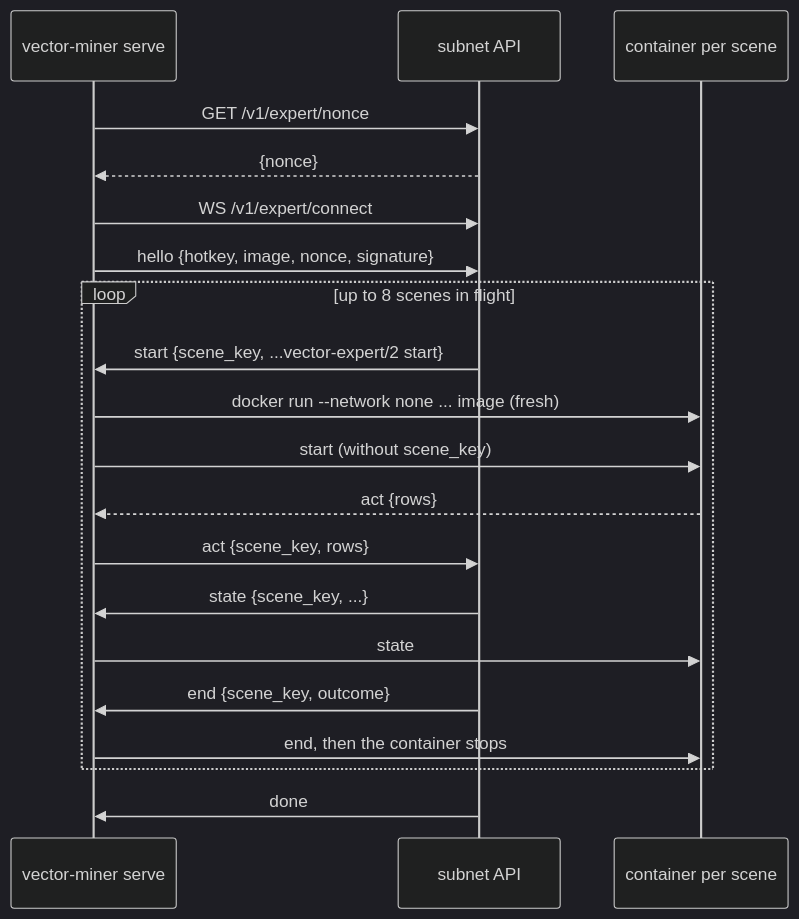
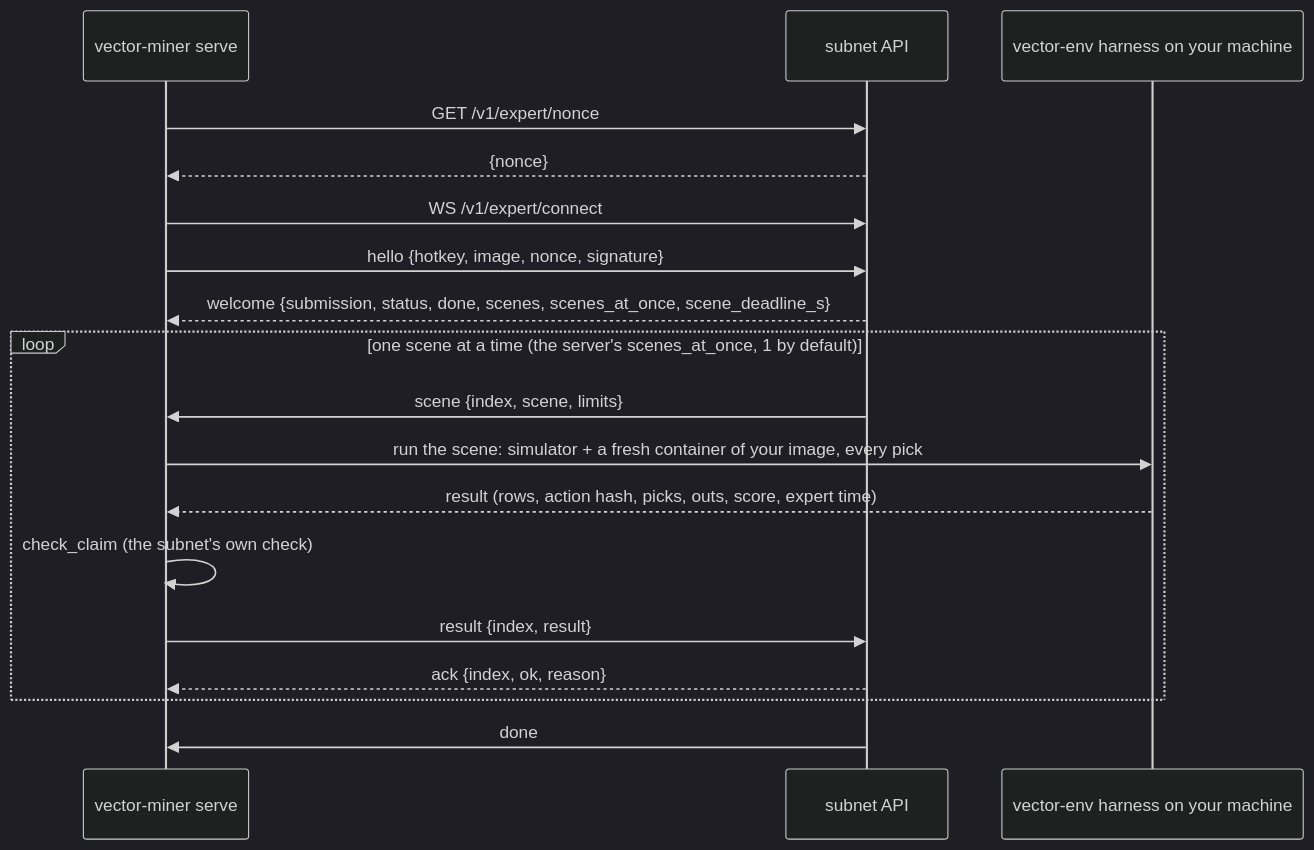
The second of 4 diagrams in skills/bin-picking/expert/README.md (robotensor/vector-miner), drawn with Mermaid (dark theme) before and after one commit. The commit also changed other lines of this file and 1 other file, not shown here.

Commit message:
README and spec: the pile task, the score, phase 1 on your machine, phase 2 and the private evaluation

````diff
--- a/skills/bin-picking/expert/README.md
+++ b/skills/bin-picking/expert/README.md
@@ -217,22 +262,20 @@
 ```mermaid
 sequenceDiagram
   participant M as vector-miner serve
   participant S as subnet API
-  participant C as container per scene
+  participant H as vector-env harness on your machine
   M->>S: GET /v1/expert/nonce
   S-->>M: {nonce}
   M->>S: WS /v1/expert/connect
   M->>S: hello {hotkey, image, nonce, signature}
-  loop up to 8 scenes in flight
-    S->>M: start {scene_key, ...vector-expert/2 start}
-    M->>C: docker run --network none ... image (fresh)
-    M->>C: start (without scene_key)
-    C-->>M: act {rows}
-    M->>S: act {scene_key, rows}
-    S->>M: state {scene_key, ...}
-    M->>C: state
-    S->>M: end {scene_key, outcome}
-    M->>C: end, then the container stops
+  S-->>M: welcome {submission, status, done, scenes, scenes_at_once, scene_deadline_s}
+  loop one scene at a time (the server's scenes_at_once, 1 by default)
+    S->>M: scene {index, scene, limits}
+    M->>H: run the scene: simulator + a fresh container of your image, every pick
+    H-->>M: result (rows, action hash, picks, outs, score, expert time)
+    M->>M: check_claim (the subnet's own check)
+    M->>S: result {index, result}
+    S-->>M: ack {index, ok, reason}
   end
   S->>M: done
 ```
````
